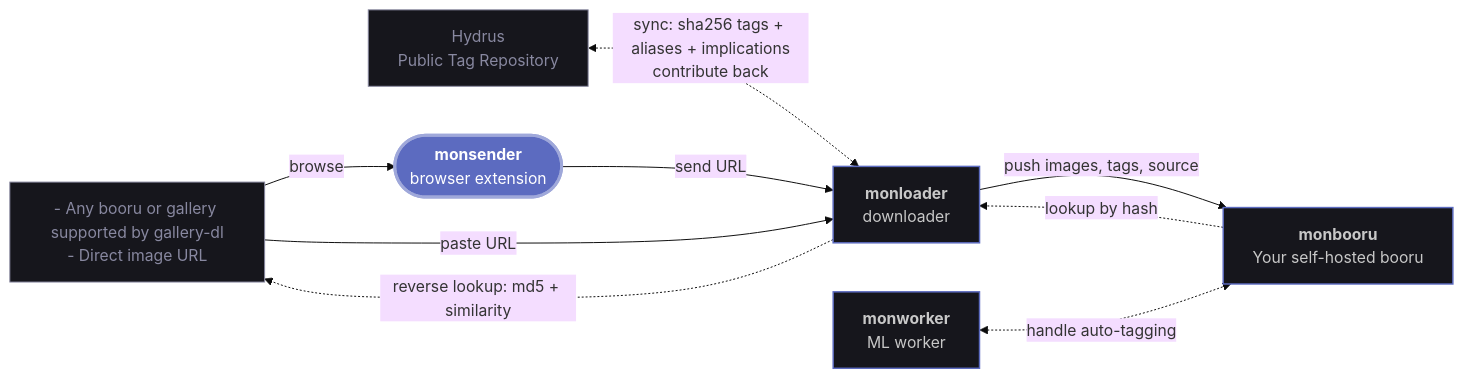
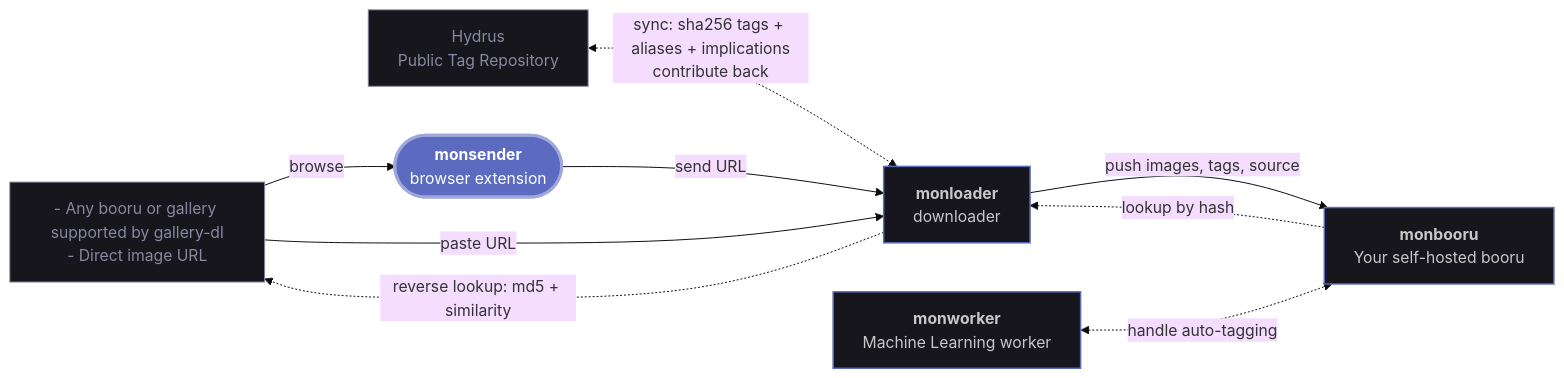
The diagram in README.md (monbooru/monsender), drawn with Mermaid (base theme) before and after one commit.

Commit message:
docs(readme): spell out Machine Learning in the graph

````diff
--- a/README.md
+++ b/README.md
@@ -19,40 +19,40 @@
 ```mermaid
 ---
 config:
   layout: dagre
   flowchart:
     wrappingWidth: 200
 ---
 flowchart LR
     web["`- Any booru or gallery supported by gallery-dl
 - Direct image URL`"]
     ptr["`Hydrus
 Public Tag Repository`"]
     sender(["`**monsender**
 browser extension`"])
     loader["`**monloader**
 downloader`"]
     booru["`**monbooru**
 Your self-hosted booru`"]
     worker["`**monworker**
-ML worker`"]
+Machine Learning worker`"]
 
     web -->|browse| sender
     sender -->|send URL| loader
     web -->|paste URL| loader
     loader -->|push images, tags, source| booru
 
     booru -.->|lookup by hash| loader
     loader -.->|reverse lookup: md5 + similarity| web
     ptr <-.->|"`sync: sha256 tags + aliases + implications
 contribute back`"| loader
     worker <-.->|handle auto-tagging| booru
 
     classDef hub  fill:#5c6bc0,stroke:#9fa8da,stroke-width:3px,color:#ffffff;
     classDef tool fill:#16161c,stroke:#5c6bc0,stroke-width:1.5px,color:#c8c8c8;
     classDef src  fill:#16161c,stroke:#8888a0,stroke-width:1px,color:#8888a0;
 
     class sender hub;
     class loader,booru,worker tool;
     class web,ptr src;
 ```
````
